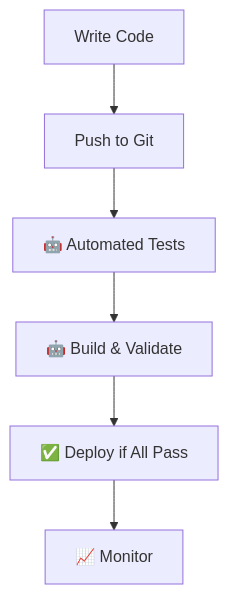
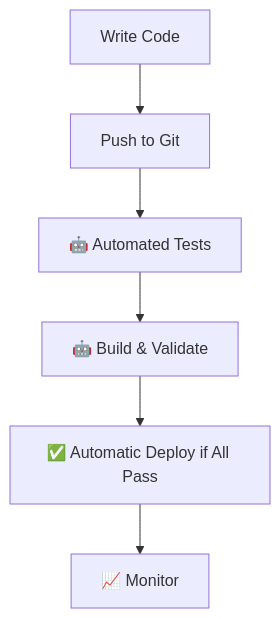
Before and after one commit to joaothallis/continuously-integrating-your-nix-config: the second of 2 diagrams in slides.md, drawn with Mermaid. The commit also changed other lines of this file and 3 other files, not shown here.

````diff
--- a/slides.md
+++ b/slides.md
@@ -151,8 +120,8 @@
 ```mermaid {scale: 0.8}
 graph TD
     A[Write Code] --> B[Push to Git]
     B --> C[🤖 Automated Tests]
     C --> D[🤖 Build & Validate]
-    D --> E[✅ Deploy if All Pass]
+    D --> E[✅ Automatic Deploy if All Pass]
     E --> F[📈 Monitor]
 ```
````
